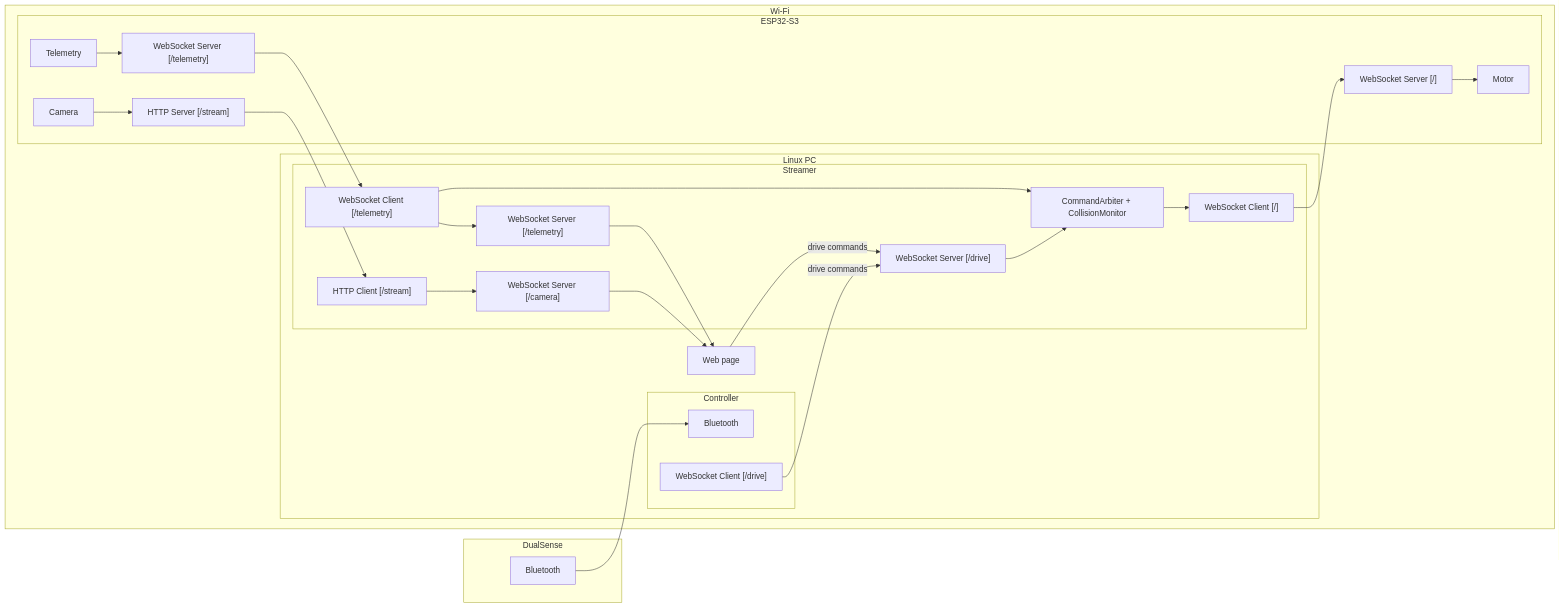
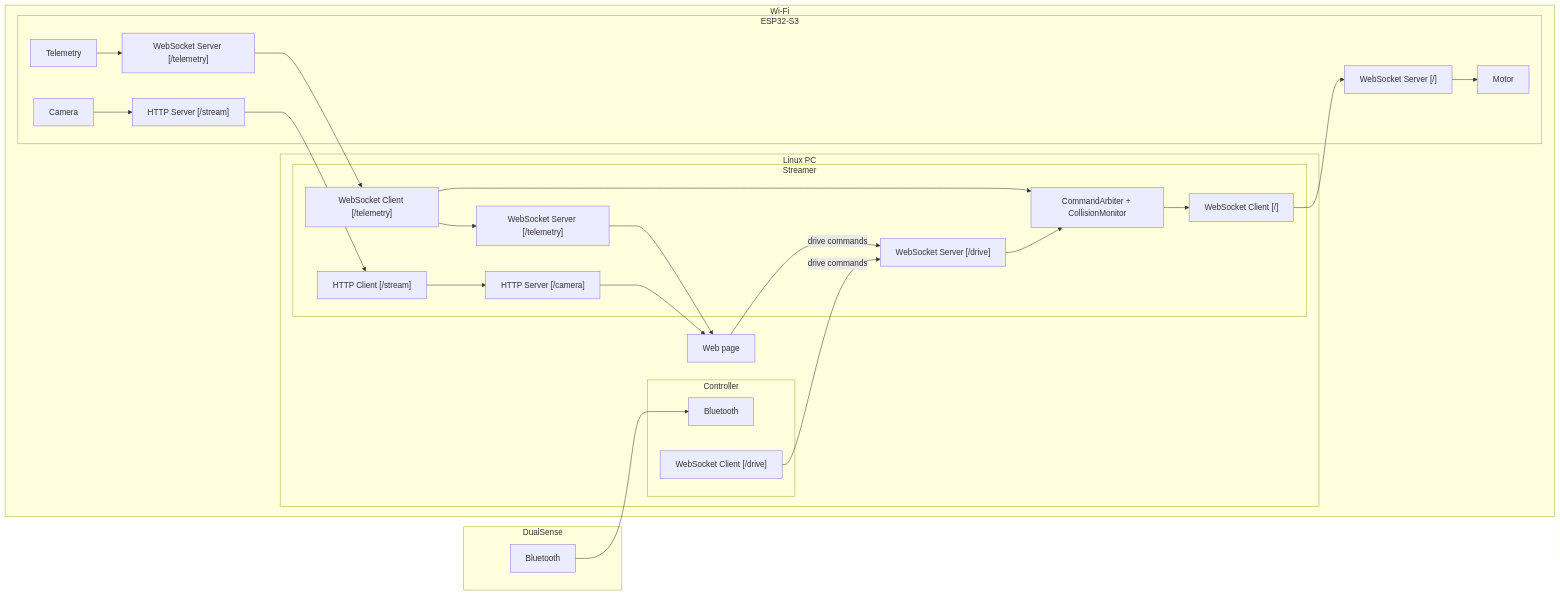
One commit to ltowarek/dust-mite changed the diagram in docs/variants/copper.md. Above: the diagram before and after it, drawn with Mermaid. The commit also changed other lines of this file and 42 other files, not shown here.

````diff
--- a/docs/variants/copper.md
+++ b/docs/variants/copper.md
@@ -152,51 +147,51 @@
 ```mermaid
 graph LR
     subgraph DualSense
         DS_BT[Bluetooth]
     end
 
     subgraph WiFi[Wi-Fi]
         subgraph Linux_PC[Linux PC]
             subgraph Controller
                 PC_BT[Bluetooth]
                 PC_CTRL_WS["WebSocket Client [/drive]"]
             end
             subgraph Streamer
                 PC_STR_WS_STREAM["HTTP Client [/stream]"]
                 PC_STR_WS_TEL["WebSocket Client [/telemetry]"]
                 PC_STR_WS_CTRL["WebSocket Client [/]"]
                 PC_STR_MUX["CommandArbiter + CollisionMonitor"]
-                PC_STR_WS_CAMERA["WebSocket Server [/camera]"]
+                PC_STR_WS_CAMERA["HTTP Server [/camera]"]
                 PC_STR_WS_TEL_OUT["WebSocket Server [/telemetry]"]
                 PC_STR_WS_DRIVE["WebSocket Server [/drive]"]
             end
             PC_WEB[Web page]
         end
 
         subgraph ESP32S3[ESP32-S3]
             ESP_MOTOR[Motor]
             ESP_TEL[Telemetry]
             ESP_CAM[Camera]
             ESP_WS_CTRL["WebSocket Server [/]"]
             ESP_WS_STREAM["HTTP Server [/stream]"]
             ESP_WS_TEL["WebSocket Server [/telemetry]"]
         end
     end
 
     DS_BT --> PC_BT
     PC_CTRL_WS -- "drive commands" --> PC_STR_WS_DRIVE
     PC_WEB -- "drive commands" --> PC_STR_WS_DRIVE
     PC_STR_WS_CAMERA --> PC_WEB
     PC_STR_WS_TEL_OUT --> PC_WEB
     ESP_WS_STREAM --> PC_STR_WS_STREAM
     PC_STR_WS_STREAM --> PC_STR_WS_CAMERA
     ESP_WS_TEL --> PC_STR_WS_TEL
     PC_STR_WS_TEL --> PC_STR_WS_TEL_OUT
     PC_STR_WS_TEL --> PC_STR_MUX
     PC_STR_WS_DRIVE --> PC_STR_MUX
     PC_STR_MUX --> PC_STR_WS_CTRL
     PC_STR_WS_CTRL --> ESP_WS_CTRL
     ESP_WS_CTRL --> ESP_MOTOR
     ESP_TEL --> ESP_WS_TEL
     ESP_CAM --> ESP_WS_STREAM
 ```
````
